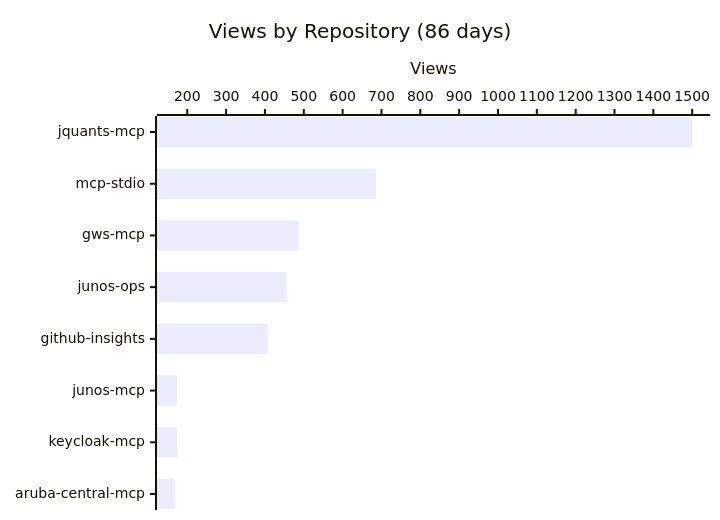
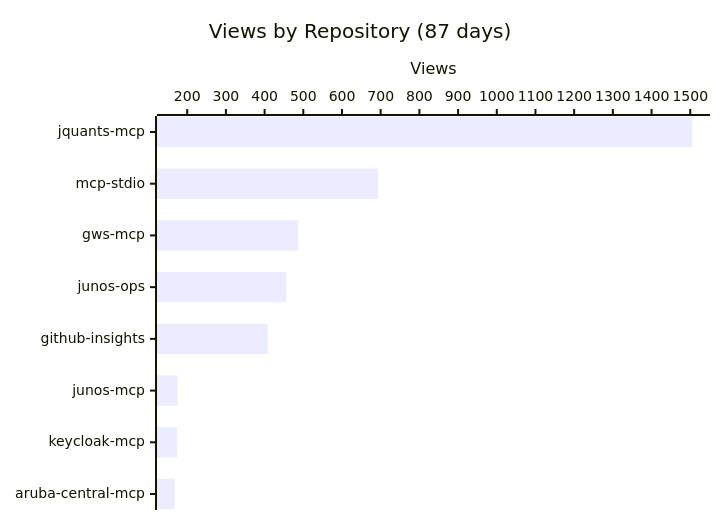
One commit to shigechika/github-insights changed the first of 3 diagrams in README.md. Above: the diagram before and after it, drawn with Mermaid. The commit also changed other lines of this file and 2 other files, not shown here.

````diff
--- a/README.md
+++ b/README.md
@@ -18,7 +18,7 @@
 ```mermaid
 xychart-beta horizontal
-    title "Views by Repository (86 days)"
+    title "Views by Repository (87 days)"
     x-axis ["jquants-mcp", "mcp-stdio", "gws-mcp", "junos-ops", "github-insights", "junos-mcp", "keycloak-mcp", "aruba-central-mcp"]
     y-axis "Views"
-    bar [1500, 686, 487, 456, 407, 174, 174, 168]
+    bar [1505, 693, 487, 456, 408, 175, 174, 168]
 ```
````
